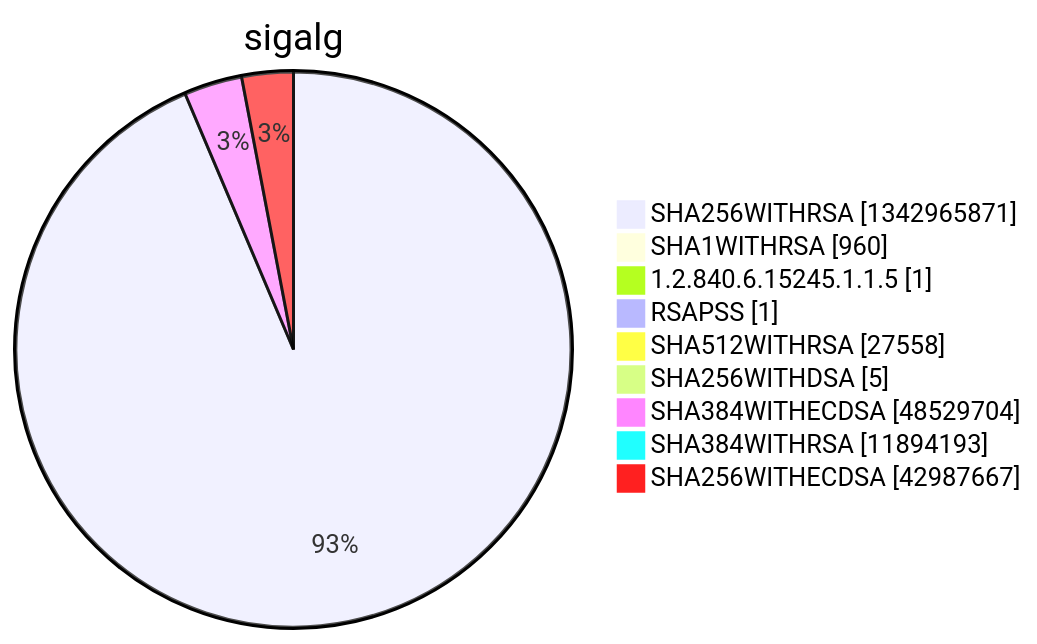
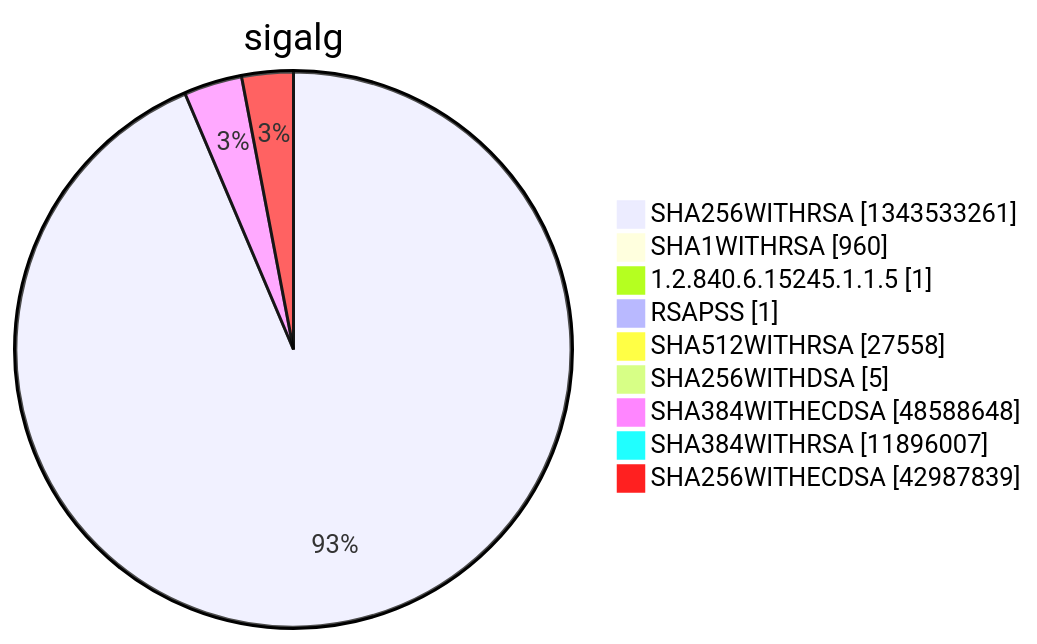
Before and after one commit to christiankrug/ctmonitor_visualization: diagram 15 of 15 in argon2022/README.md, drawn with Mermaid. The commit also changed other lines of this file, not shown here.

````diff
--- a/argon2022/README.md
+++ b/argon2022/README.md
@@ -5524,13 +5524,13 @@
 ```mermaid
 pie showData
 title sigalg
-"SHA256WITHRSA" :1342965871
+"SHA256WITHRSA" :1343533261
 "SHA1WITHRSA" :960
 "1.2.840.6.15245.1.1.5" :1
 "RSAPSS" :1
 "SHA512WITHRSA" :27558
 "SHA256WITHDSA" :5
-"SHA384WITHECDSA" :48529704
-"SHA384WITHRSA" :11894193
-"SHA256WITHECDSA" :42987667
+"SHA384WITHECDSA" :48588648
+"SHA384WITHRSA" :11896007
+"SHA256WITHECDSA" :42987839
 ```
````
